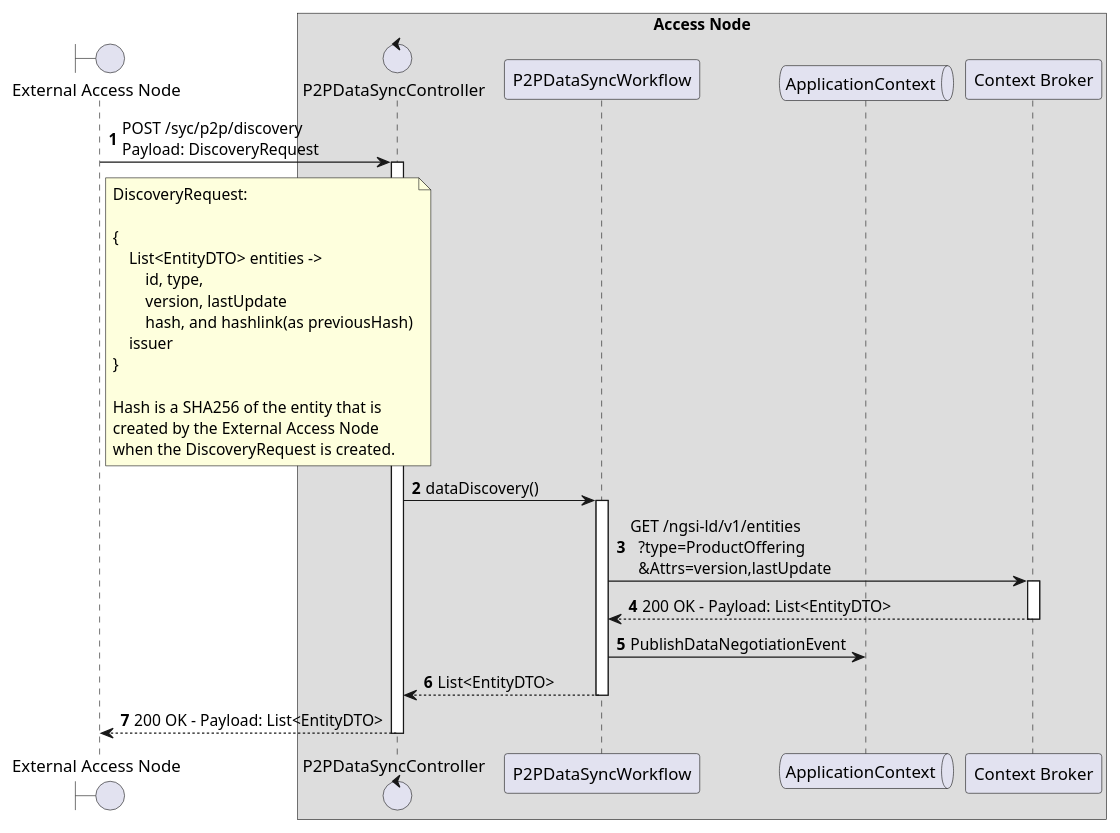
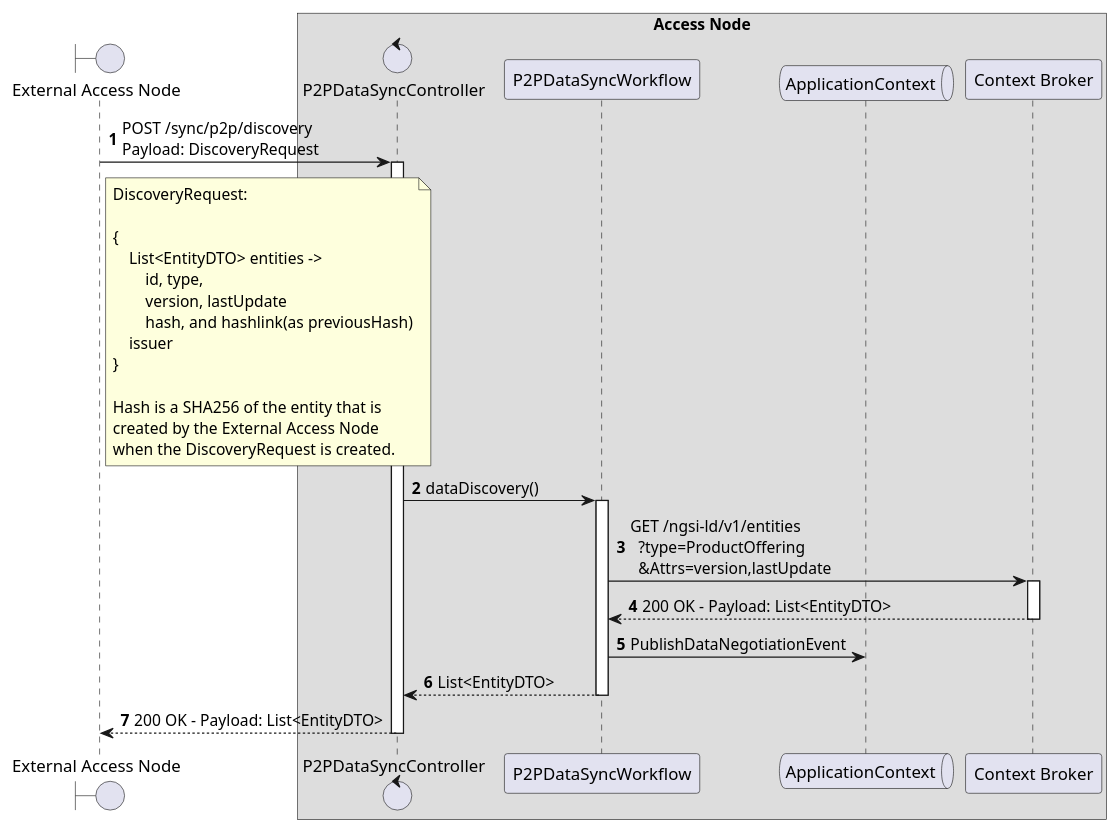
The diagram in docs/diagrams/discovery-sync/p2p-discovery-sync-local.puml (in2workspace/in2-desmos-api), drawn with PlantUML before and after one commit.

Commit message:
docs(diagrams): fix typo

```diff
--- a/docs/diagrams/discovery-sync/p2p-discovery-sync-local.puml
+++ b/docs/diagrams/discovery-sync/p2p-discovery-sync-local.puml
@@ -1,48 +1,48 @@
 @startuml
 'https://plantuml.com/sequence-diagram
 
 '---------- Config ----------------
 
 autonumber
 
 '---------- Header ----------------
 
 boundary "External Access Node" as ean
 
 box "Access Node"
 
   control "P2PDataSyncController" as p2pController
   participant "P2PDataSyncWorkflow" as p2pWorkflow
   queue "ApplicationContext" as ac
   participant "Context Broker" as cb
 
 end box
 
 '---------- Diagram ----------------
 
-ean -> p2pController++: POST /syc/p2p/discovery \nPayload: DiscoveryRequest
+ean -> p2pController++: POST /sync/p2p/discovery \nPayload: DiscoveryRequest
 
 note right of ean
     DiscoveryRequest:
 
     {
         List<EntityDTO> entities ->
             id, type,
             version, lastUpdate
             hash, and hashlink(as previousHash)
         issuer
     }
 
     Hash is a SHA256 of the entity that is
     created by the External Access Node
     when the DiscoveryRequest is created.
 end note
 
     p2pController -> p2pWorkflow++: dataDiscovery()
         p2pWorkflow -> cb++: GET /ngsi-ld/v1/entities\n  ?type=ProductOffering\n  &Attrs=version,lastUpdate
         return 200 OK - Payload: List<EntityDTO>
         p2pWorkflow -> ac: PublishDataNegotiationEvent
     return List<EntityDTO>
 return 200 OK - Payload: List<EntityDTO>
 
 @enduml
```
